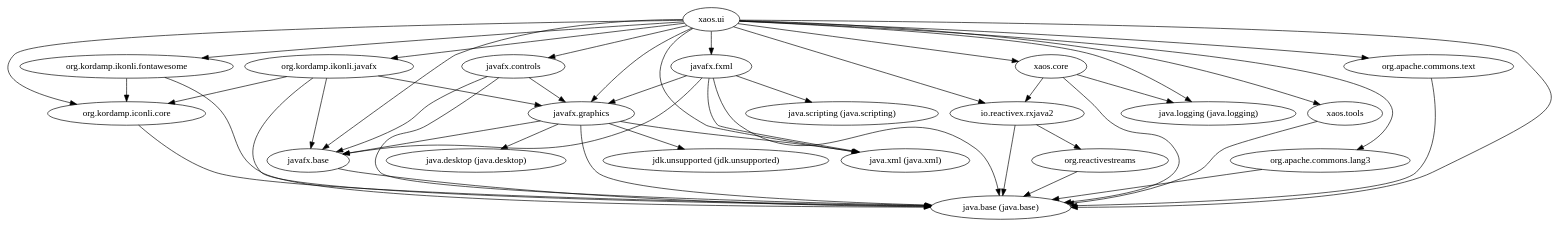
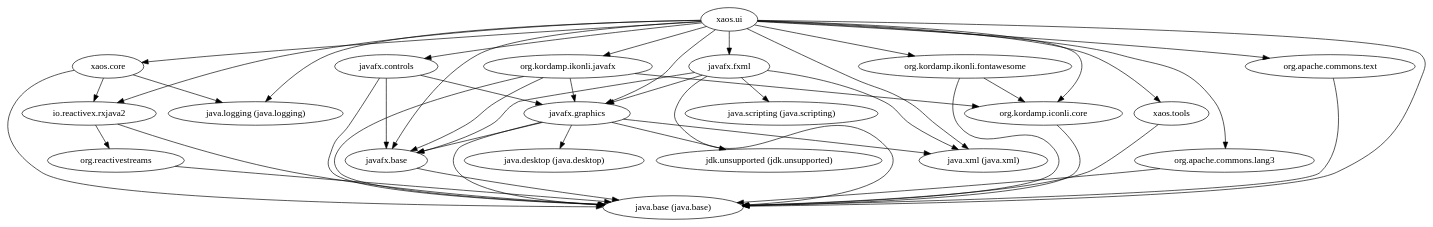
Before and after one commit to ESSICS/XAOS: the diagram in xaos.ui.module/doc/module-dependencies.dot, drawn with Graphviz. The commit also changed other lines of this file and 19 other files, not shown here.

```diff
--- a/xaos.ui.module/doc/module-dependencies.dot
+++ b/xaos.ui.module/doc/module-dependencies.dot
@@ -1,47 +1,47 @@
 digraph "summary" {
   "javafx.graphics"                                  -> "java.base (java.base)";
   "javafx.graphics"                                  -> "java.desktop (java.desktop)";
   "javafx.graphics"                                  -> "java.xml (java.xml)";
   "javafx.graphics"                                  -> "javafx.base";
   "javafx.graphics"                                  -> "jdk.unsupported (jdk.unsupported)";
+  "org.kordamp.iconli.core"                          -> "java.base (java.base)";
   "javafx.controls"                                  -> "java.base (java.base)";
   "javafx.controls"                                  -> "javafx.base";
   "javafx.controls"                                  -> "javafx.graphics";
-  "org.kordamp.ikonli.fontawesome"                   -> "java.base (java.base)";
-  "org.kordamp.ikonli.fontawesome"                   -> "org.kordamp.iconli.core";
   "javafx.base"                                      -> "java.base (java.base)";
   "xaos.core"                                        -> "io.reactivex.rxjava2";
   "xaos.core"                                        -> "java.base (java.base)";
   "xaos.core"                                        -> "java.logging (java.logging)";
   "org.reactivestreams"                              -> "java.base (java.base)";
-  "org.kordamp.ikonli.javafx"                        -> "java.base (java.base)";
-  "org.kordamp.ikonli.javafx"                        -> "javafx.base";
-  "org.kordamp.ikonli.javafx"                        -> "javafx.graphics";
-  "org.kordamp.ikonli.javafx"                        -> "org.kordamp.iconli.core";
+  "org.kordamp.ikonli.fontawesome"                   -> "java.base (java.base)";
+  "org.kordamp.ikonli.fontawesome"                   -> "org.kordamp.iconli.core";
   "xaos.tools"                                       -> "java.base (java.base)";
   "org.apache.commons.lang3"                         -> "java.base (java.base)";
   "org.apache.commons.text"                          -> "java.base (java.base)";
-  "org.kordamp.iconli.core"                          -> "java.base (java.base)";
   "javafx.fxml"                                      -> "java.base (java.base)";
   "javafx.fxml"                                      -> "java.scripting (java.scripting)";
   "javafx.fxml"                                      -> "java.xml (java.xml)";
   "javafx.fxml"                                      -> "javafx.base";
   "javafx.fxml"                                      -> "javafx.graphics";
   "xaos.ui"                                          -> "io.reactivex.rxjava2";
   "xaos.ui"                                          -> "java.base (java.base)";
   "xaos.ui"                                          -> "java.logging (java.logging)";
   "xaos.ui"                                          -> "java.xml (java.xml)";
   "xaos.ui"                                          -> "javafx.base";
   "xaos.ui"                                          -> "javafx.controls";
   "xaos.ui"                                          -> "javafx.fxml";
   "xaos.ui"                                          -> "javafx.graphics";
   "xaos.ui"                                          -> "org.apache.commons.lang3";
   "xaos.ui"                                          -> "org.apache.commons.text";
   "xaos.ui"                                          -> "org.kordamp.iconli.core";
   "xaos.ui"                                          -> "org.kordamp.ikonli.fontawesome";
   "xaos.ui"                                          -> "org.kordamp.ikonli.javafx";
   "xaos.ui"                                          -> "xaos.core";
   "xaos.ui"                                          -> "xaos.tools";
   "io.reactivex.rxjava2"                             -> "java.base (java.base)";
   "io.reactivex.rxjava2"                             -> "org.reactivestreams";
+  "org.kordamp.ikonli.javafx"                        -> "java.base (java.base)";
+  "org.kordamp.ikonli.javafx"                        -> "javafx.base";
+  "org.kordamp.ikonli.javafx"                        -> "javafx.graphics";
+  "org.kordamp.ikonli.javafx"                        -> "org.kordamp.iconli.core";
 }
```
